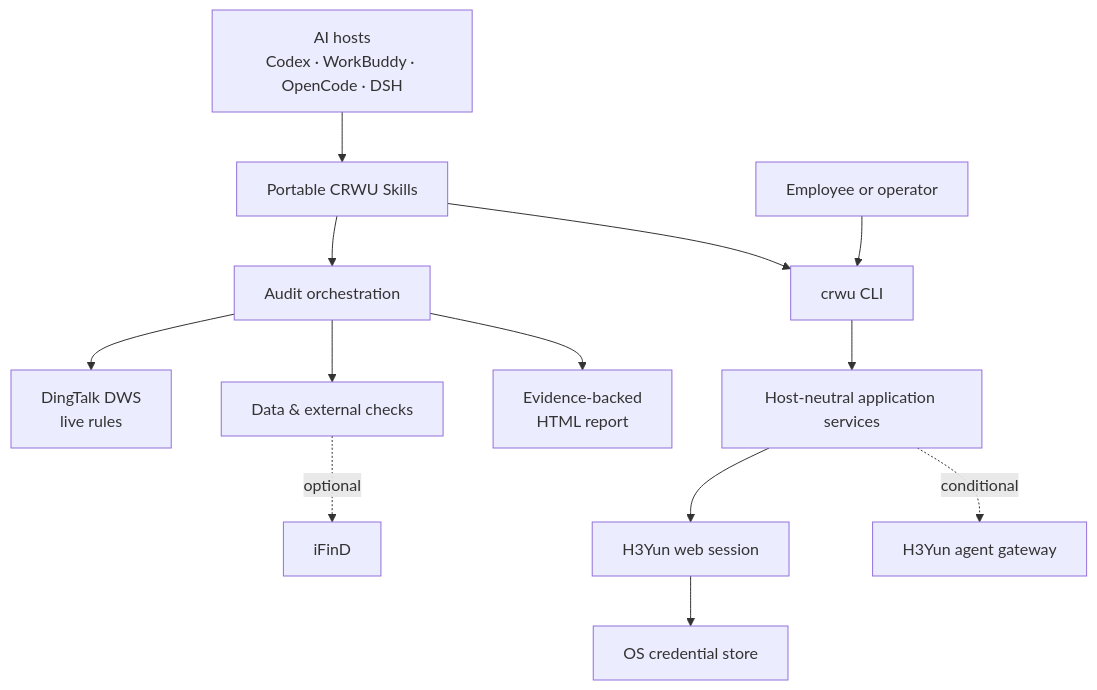
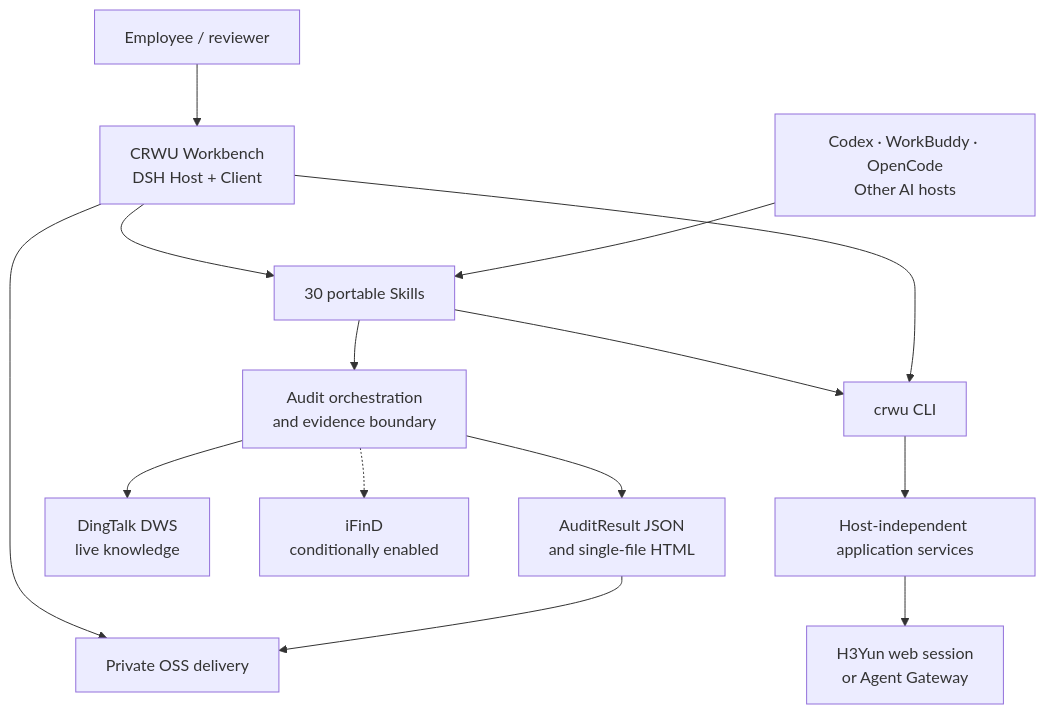
The third of 3 diagrams in README.md (mmungdong/crwu-ai), drawn with Mermaid before and after one commit. The commit also changed other lines of this file and 1 other file, not shown here.

````diff
--- a/README.md
+++ b/README.md
@@ -237,20 +256,29 @@
 ```mermaid
 flowchart TB
-    HOSTS[AI hosts<br/>Codex · WorkBuddy · OpenCode · DSH]
-    USER[Employee or operator]
+    USER[Employee / reviewer]
+    DSH[CRWU Workbench<br/>DSH Host + Client]
+    HOSTS[Codex · WorkBuddy · OpenCode<br/>Other AI hosts]
+    SKILLS[30 portable Skills]
+    AUDIT[Audit orchestration<br/>and evidence boundary]
+    CLI[crwu CLI]
+    APP[Host-independent application services]
+    H3[H3Yun web session<br/>or Agent Gateway]
+    DWS[DingTalk DWS<br/>live knowledge]
+    OSS[Private OSS delivery]
+    IFIND[iFinD<br/>conditionally enabled]
+    REPORT[AuditResult JSON<br/>and single-file HTML]
 
-    HOSTS --> SKILLS[Portable CRWU Skills]
-    USER --> CLI[crwu CLI]
-    SKILLS --> AUDIT[Audit orchestration]
+    USER --> DSH
+    DSH --> SKILLS
+    HOSTS --> SKILLS
+    SKILLS --> AUDIT
     SKILLS --> CLI
-
-    AUDIT --> DWS[DingTalk DWS<br/>live rules]
-    AUDIT --> CHECKS[Data & external checks]
-    CHECKS -. optional .-> IFIND[iFinD]
-    AUDIT --> REPORT[Evidence-backed<br/>HTML report]
-
-    CLI --> APP[Host-neutral application services]
-    APP --> H3WEB[H3Yun web session]
-    APP -. conditional .-> H3AGENT[H3Yun agent gateway]
-    H3WEB --> CREDS[OS credential store]
+    DSH --> CLI
+    DSH --> OSS
+    AUDIT --> DWS
+    AUDIT -.-> IFIND
+    AUDIT --> REPORT
+    CLI --> APP
+    APP --> H3
+    REPORT --> OSS
 ```
````
